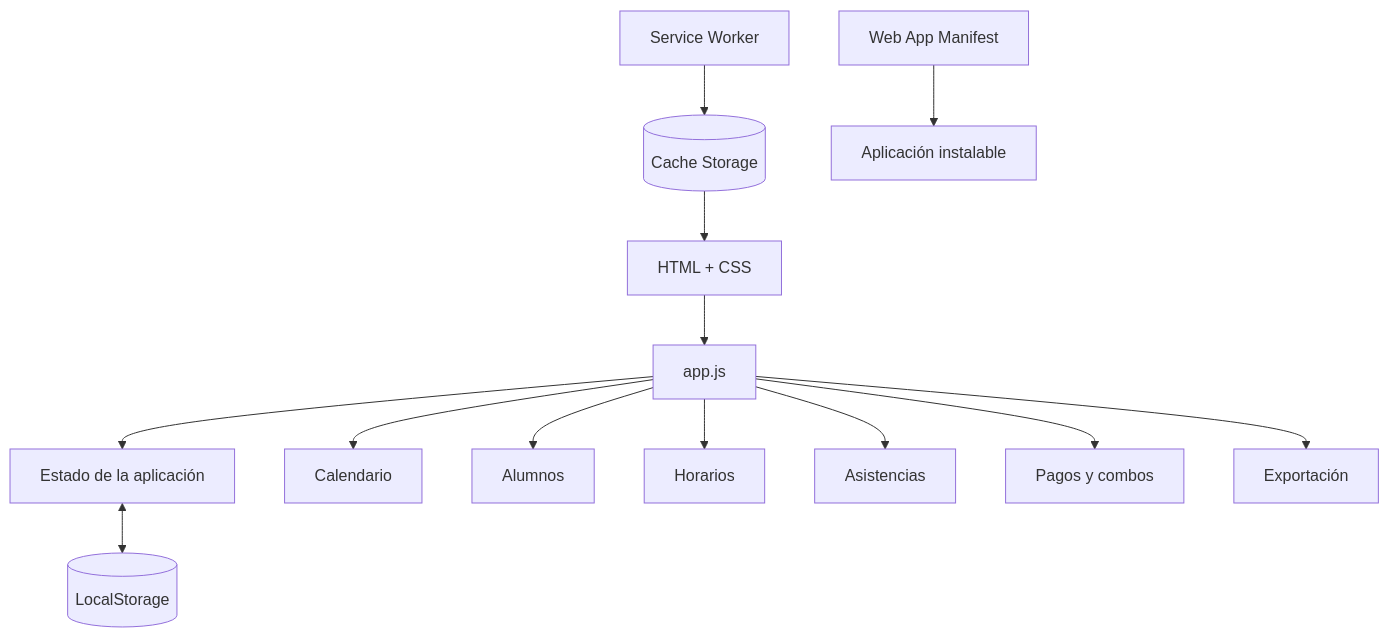
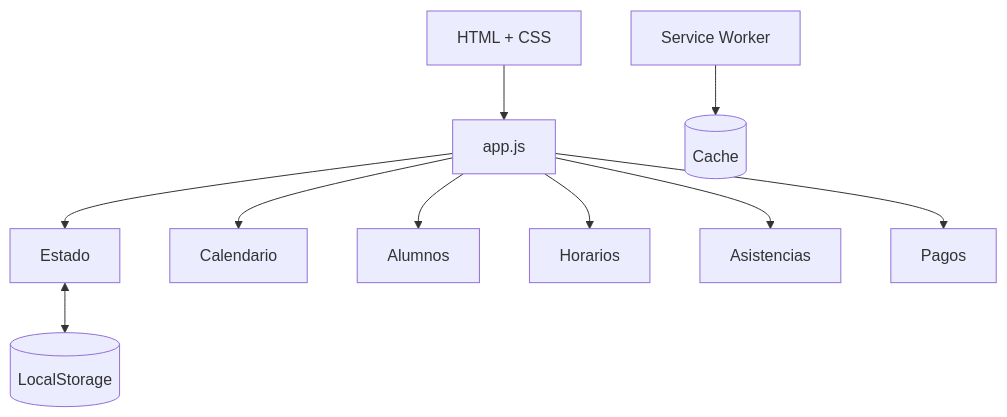
The diagram in README.md (alejoesp/clases-app), drawn with Mermaid before and after one commit. The commit also changed other lines of this file, not shown here.

````diff
--- a/README.md
+++ b/README.md
@@ -50,15 +36,12 @@
 ```mermaid
 flowchart TD
     UI[HTML + CSS] --> APP[app.js]
-    APP --> STATE[Estado de la aplicación]
+    APP --> STATE[Estado]
     STATE <--> LS[(LocalStorage)]
     APP --> CAL[Calendario]
     APP --> STUDENTS[Alumnos]
     APP --> SCHEDULE[Horarios]
     APP --> ATTENDANCE[Asistencias]
-    APP --> MONEY[Pagos y combos]
-    APP --> EXPORT[Exportación]
-    SW[Service Worker] --> CACHE[(Cache Storage)]
-    CACHE --> UI
-    MANIFEST[Web App Manifest] --> PWA[Aplicación instalable]
+    APP --> MONEY[Pagos]
+    SW[Service Worker] --> CACHE[(Cache)]
 ```
````
